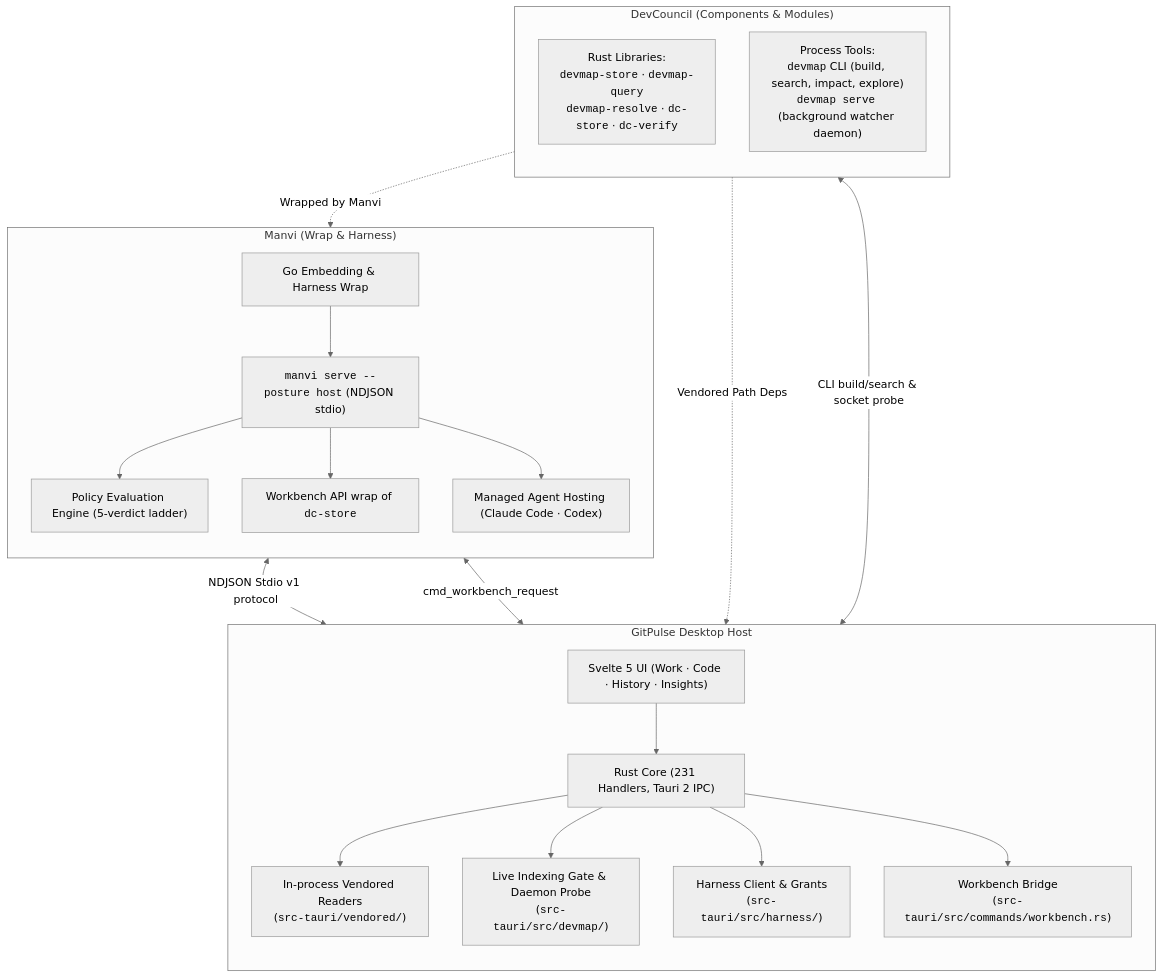
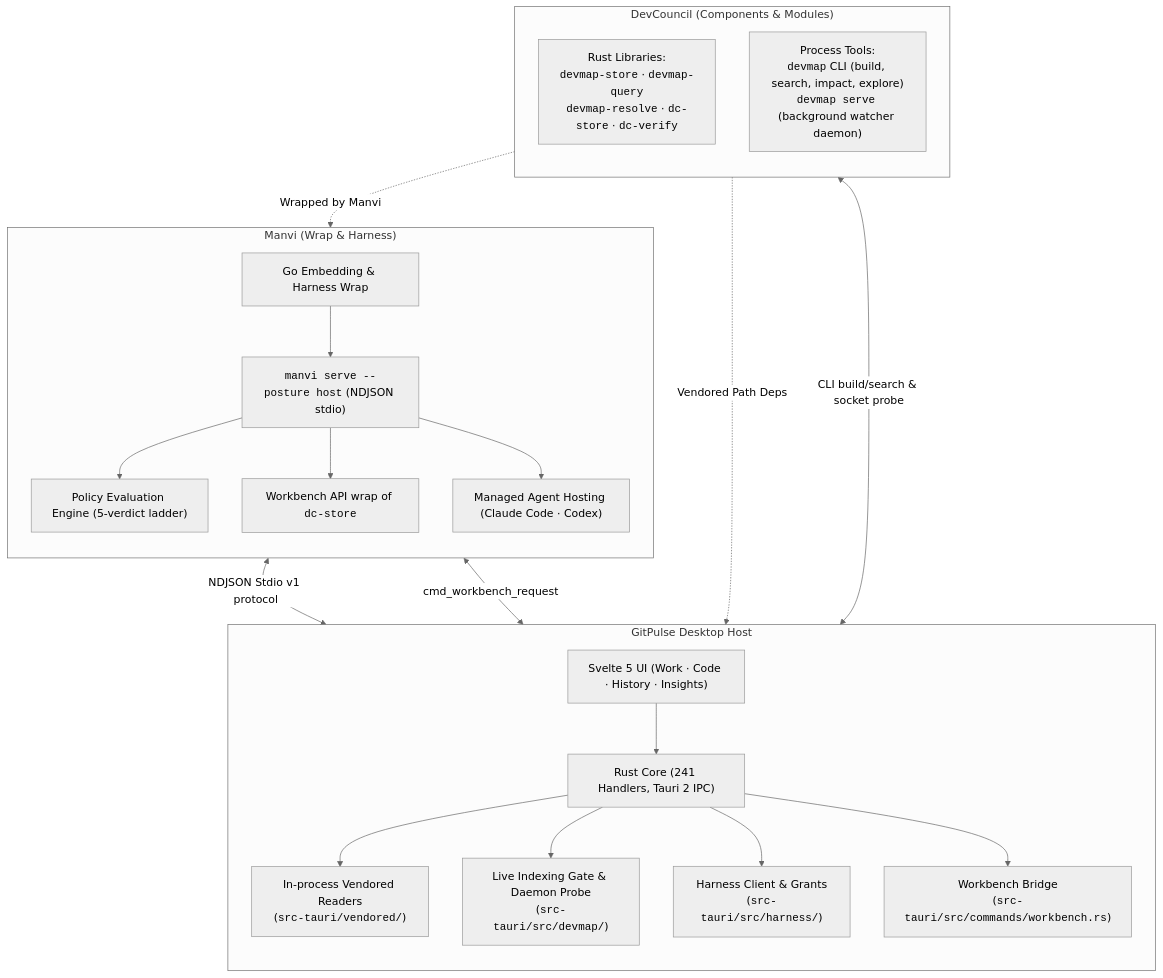
The first of 3 diagrams in docs/MODULE_INTEGRATION.md (bharathvbcr/GitPulse), drawn with Mermaid (neutral theme) before and after one commit. The commit also changed 75 other files, not shown here.

````diff
--- a/docs/MODULE_INTEGRATION.md
+++ b/docs/MODULE_INTEGRATION.md
@@ -32,43 +32,43 @@
 ```mermaid
 flowchart TD
     subgraph DevCouncil["DevCouncil (Components & Modules)"]
         direction TB
         DCLibs["Rust Libraries:<br/><code>devmap-store</code> · <code>devmap-query</code><br/><code>devmap-resolve</code> · <code>dc-store</code> · <code>dc-verify</code>"]
         DCCLI["Process Tools:<br/><code>devmap</code> CLI (build, search, impact, explore)<br/><code>devmap serve</code> (background watcher daemon)"]
     end
 
     subgraph Manvi["Manvi (Wrap & Harness)"]
         direction TB
         ManviWrap["Go Embedding & Harness Wrap"]
         ManviSidecar["<code>manvi serve --posture host</code> (NDJSON stdio)"]
         ManviPolicy["Policy Evaluation Engine (5-verdict ladder)"]
         ManviWorkbench["Workbench API wrap of <code>dc-store</code>"]
         ManviAgents["Managed Agent Hosting (Claude Code · Codex)"]
         ManviWrap --> ManviSidecar
         ManviSidecar --> ManviPolicy
         ManviSidecar --> ManviWorkbench
         ManviSidecar --> ManviAgents
     end
 
     subgraph GitPulseHost["GitPulse Desktop Host"]
         direction TB
         UIHost["Svelte 5 UI (Work · Code · History · Insights)"]
-        RustIPC["Rust Core (231 Handlers, Tauri 2 IPC)"]
+        RustIPC["Rust Core (241 Handlers, Tauri 2 IPC)"]
         InProcessReaders["In-process Vendored Readers<br/>(<code>src-tauri/vendored/</code>)"]
         CLIGate["Live Indexing Gate & Daemon Probe<br/>(<code>src-tauri/src/devmap/</code>)"]
         HarnessClient["Harness Client & Grants<br/>(<code>src-tauri/src/harness/</code>)"]
         WorkbenchCmd["Workbench Bridge<br/>(<code>src-tauri/src/commands/workbench.rs</code>)"]
 
         UIHost --> RustIPC
         RustIPC --> InProcessReaders
         RustIPC --> CLIGate
         RustIPC --> HarnessClient
         RustIPC --> WorkbenchCmd
     end
 
     DCLibs -.->|Vendored Path Deps| InProcessReaders
     DCCLI <-->|CLI build/search & socket probe| CLIGate
     DCLibs -.->|Wrapped by Manvi| ManviWorkbench
     ManviSidecar <-->|NDJSON Stdio v1 protocol| HarnessClient
     ManviSidecar <-->|cmd_workbench_request| WorkbenchCmd
 ```
````
